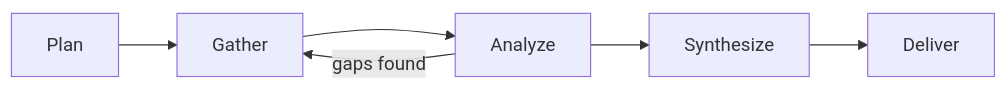
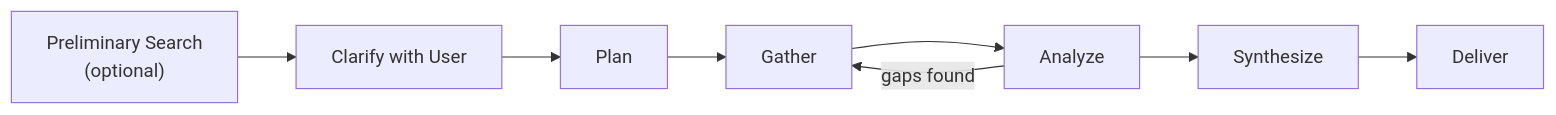
One commit to anycap-ai/anycap changed the diagram in skills/anycap-deepresearch/SKILL.md. Above: the diagram before and after it, drawn with Mermaid. The commit also changed other lines of this file and 3 other files, not shown here.

First line of the commit message:
refactor(skills): add user clarification and search termination to deep research

````diff
--- a/skills/anycap-deepresearch/SKILL.md
+++ b/skills/anycap-deepresearch/SKILL.md
@@ -49,8 +49,10 @@
 ```mermaid
 graph LR
-    A[Plan] --> B[Gather]
-    B --> C[Analyze]
-    C --> D[Synthesize]
-    D --> E[Deliver]
-    C -->|gaps found| B
+    A["Preliminary Search<br/>(optional)"] --> B[Clarify with User]
+    B --> C[Plan]
+    C --> D[Gather]
+    D --> E[Analyze]
+    E --> F[Synthesize]
+    F --> G[Deliver]
+    E -->|gaps found| D
 ```
````
